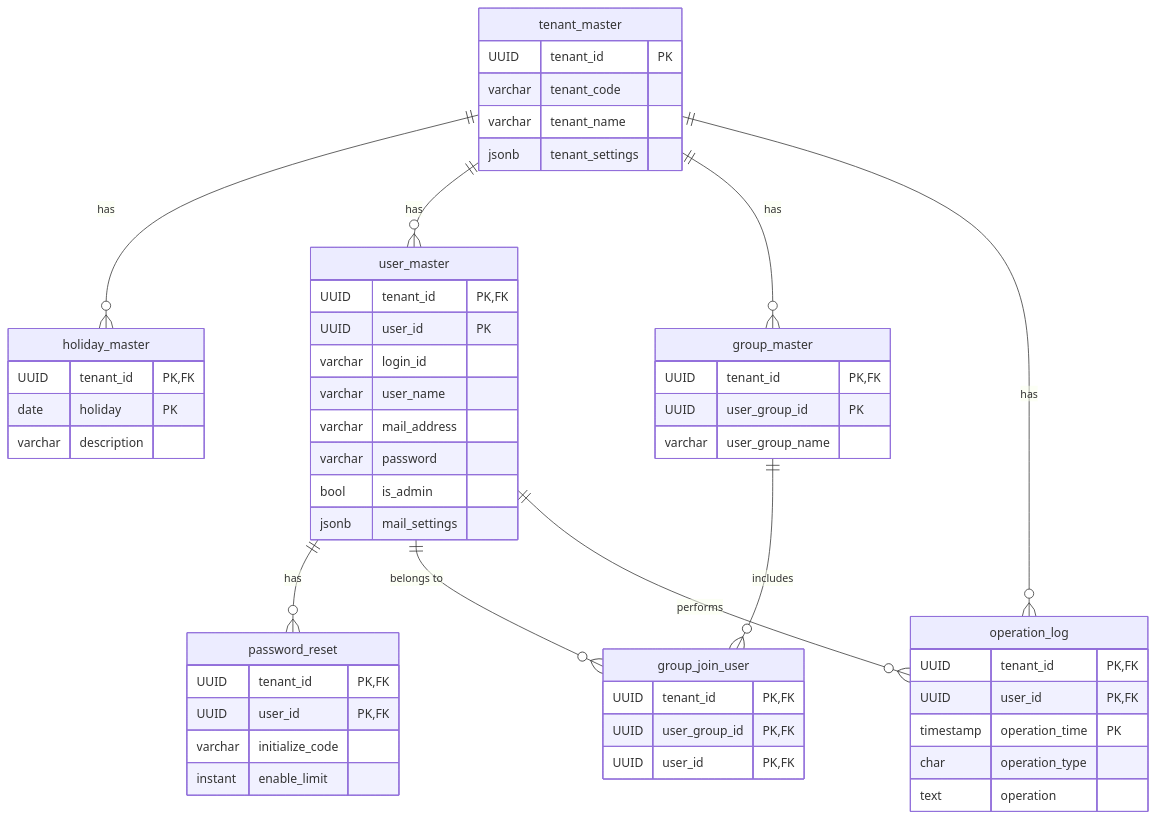
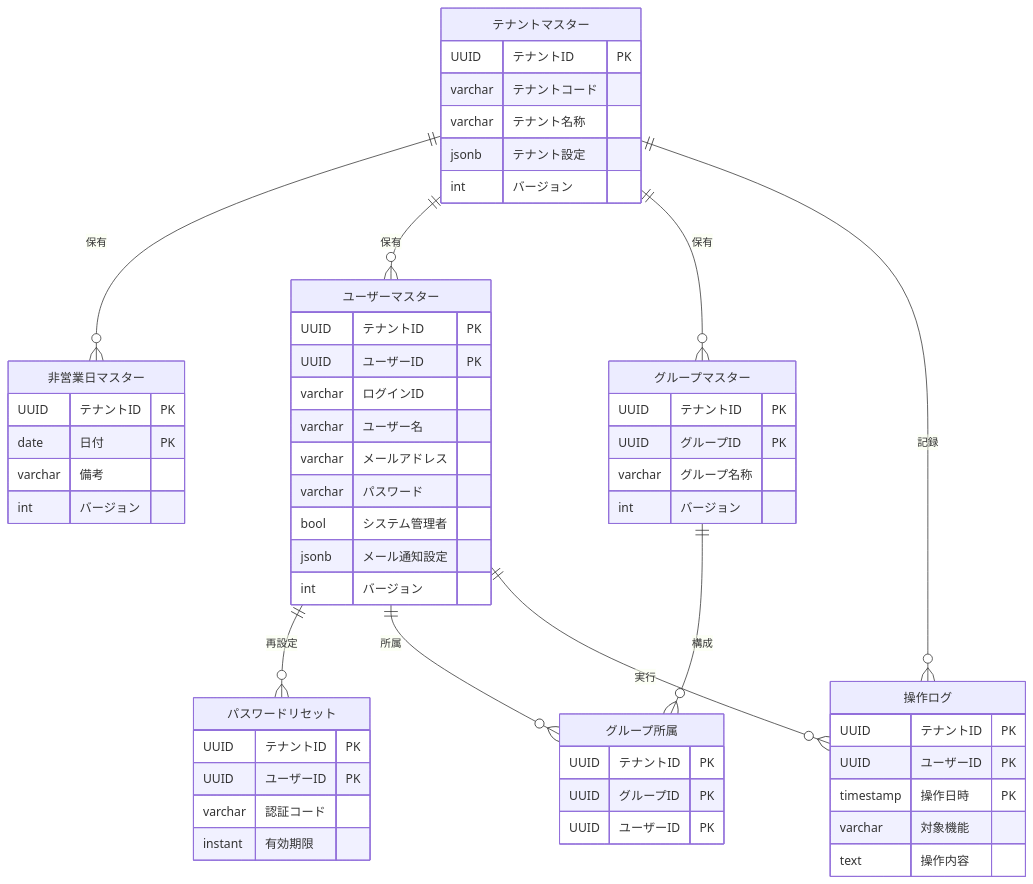
One commit to imlv-huandd/idcontrol changed the first of 7 diagrams in spec/基本設計/エンティティ定義/内部設計/エンティティ定義.md. Above: the diagram before and after it, drawn with Mermaid. The commit also changed other lines of this file and 50 other files, not shown here.

````diff
--- a/spec/基本設計/エンティティ定義/内部設計/エンティティ定義.md
+++ b/spec/基本設計/エンティティ定義/内部設計/エンティティ定義.md
@@ -201,56 +215,60 @@
 ```mermaid
 erDiagram
-    tenant_master ||--o{ holiday_master : "has"
-    tenant_master ||--o{ user_master : "has"
-    tenant_master ||--o{ group_master : "has"
-    tenant_master ||--o{ operation_log : "has"
-    user_master ||--o{ password_reset : "has"
-    user_master ||--o{ group_join_user : "belongs to"
-    user_master ||--o{ operation_log : "performs"
-    group_master ||--o{ group_join_user : "includes"
+    テナントマスター ||--o{ 非営業日マスター : "保有"
+    テナントマスター ||--o{ ユーザーマスター : "保有"
+    テナントマスター ||--o{ グループマスター : "保有"
+    テナントマスター ||--o{ 操作ログ : "記録"
+    ユーザーマスター ||--o{ パスワードリセット : "再設定"
+    ユーザーマスター ||--o{ グループ所属 : "所属"
+    ユーザーマスター ||--o{ 操作ログ : "実行"
+    グループマスター ||--o{ グループ所属 : "構成"
 
-    tenant_master {
-        UUID tenant_id PK
-        varchar tenant_code 
-        varchar tenant_name
-        jsonb tenant_settings
+    テナントマスター {
+        UUID テナントID PK
+        varchar テナントコード
+        varchar テナント名称
+        jsonb テナント設定
+        int バージョン
     }
-    holiday_master {
-        UUID tenant_id PK,FK
-        date holiday PK
-        varchar description
+    非営業日マスター {
+        UUID テナントID PK
+        date 日付 PK
+        varchar 備考
+        int バージョン
     }
-    user_master {
-        UUID tenant_id PK,FK
-        UUID user_id PK
-        varchar login_id 
-        varchar user_name
-        varchar mail_address
-        varchar password
-        bool is_admin
-        jsonb mail_settings
+    ユーザーマスター {
+        UUID テナントID PK
+        UUID ユーザーID PK
+        varchar ログインID
+        varchar ユーザー名
+        varchar メールアドレス
+        varchar パスワード
+        bool システム管理者
+        jsonb メール通知設定
+        int バージョン
     }
-    password_reset {
-        UUID tenant_id PK,FK
-        UUID user_id PK,FK
-        varchar initialize_code
-        instant enable_limit
+    パスワードリセット {
+        UUID テナントID PK
+        UUID ユーザーID PK
+        varchar 認証コード
+        instant 有効期限
     }
-    group_master {
-        UUID tenant_id PK,FK
-        UUID user_group_id PK
-        varchar user_group_name
+    グループマスター {
+        UUID テナントID PK
+        UUID グループID PK
+        varchar グループ名称
+        int バージョン
     }
-    group_join_user {
-        UUID tenant_id PK,FK
-        UUID user_group_id PK,FK
-        UUID user_id PK,FK
+    グループ所属 {
+        UUID テナントID PK
+        UUID グループID PK
+        UUID ユーザーID PK
     }
-    operation_log {
-        UUID tenant_id PK,FK
-        UUID user_id PK,FK
-        timestamp operation_time PK
-        char operation_type
-        text operation
+    操作ログ {
+        UUID テナントID PK
+        UUID ユーザーID PK
+        timestamp 操作日時 PK
+        varchar 対象機能
+        text 操作内容
     }
 ```
````
